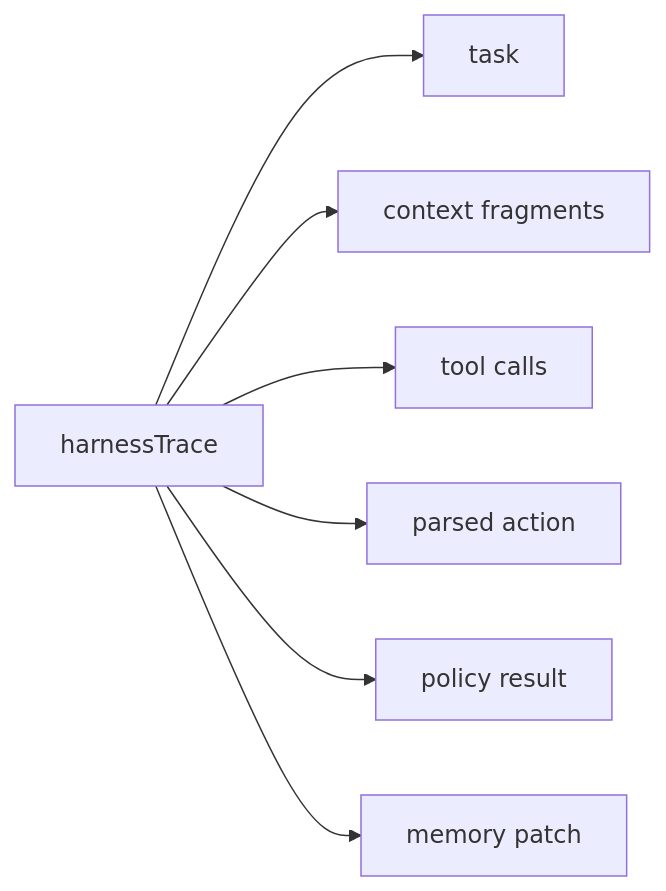
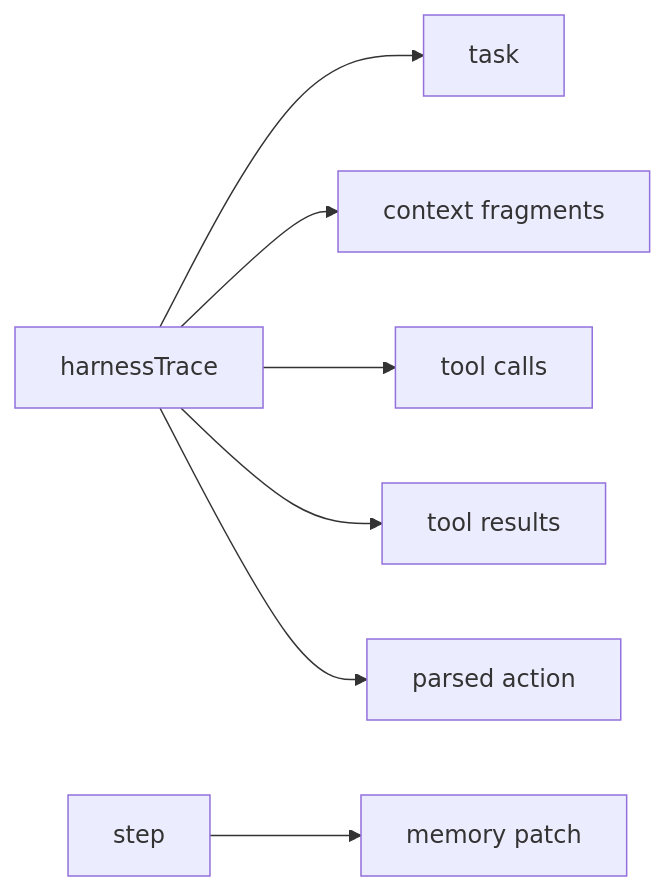
The ninth of 24 diagrams in docs/design.md (ImWenyaoT/chatty), drawn with Mermaid before and after one commit. The commit also changed other lines of this file and 4 other files, not shown here.

````diff
--- a/docs/design.md
+++ b/docs/design.md
@@ -205,9 +205,9 @@
 ```mermaid
 flowchart LR
   Trace["harnessTrace"] --> Task["task"]
   Trace --> Context["context fragments"]
   Trace --> Tools["tool calls"]
+  Trace --> Results["tool results"]
   Trace --> Action["parsed action"]
-  Trace --> Policy["policy result"]
-  Trace --> Memory["memory patch"]
+  Step["step"] --> Memory["memory patch"]
 ```
````
